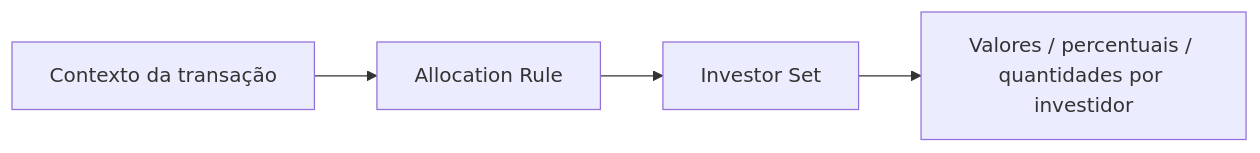
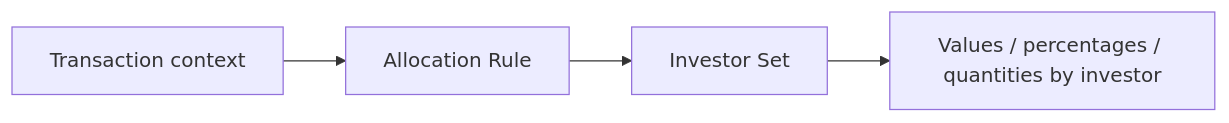
The first of 2 diagrams in docs/allocation-rules/anatomy.md (msekimoto/investran), drawn with Mermaid before and after one commit. The commit also changed other lines of this file and 52 other files, not shown here.

````diff
--- a/docs/allocation-rules/anatomy.md
+++ b/docs/allocation-rules/anatomy.md
@@ -9,6 +9,6 @@
 ```mermaid
 flowchart LR
-    C[Contexto da transação] --> R[Allocation Rule]
+    C[Transaction context] --> R[Allocation Rule]
     R --> S[Investor Set]
-    S --> A[Valores / percentuais / quantidades por investidor]
+    S --> A[Values / percentages / quantities by investor]
 ```
````
